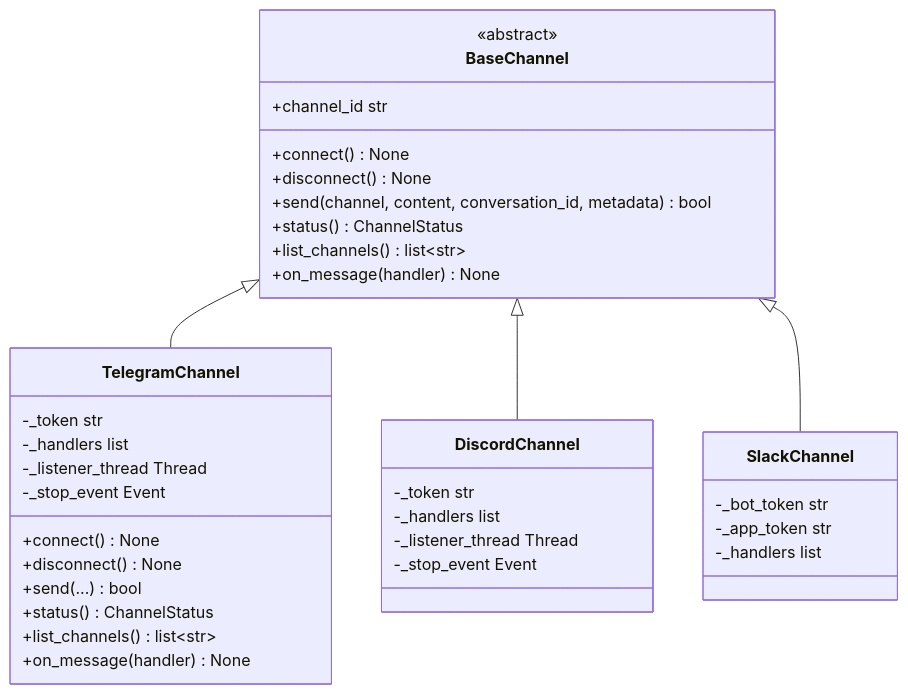
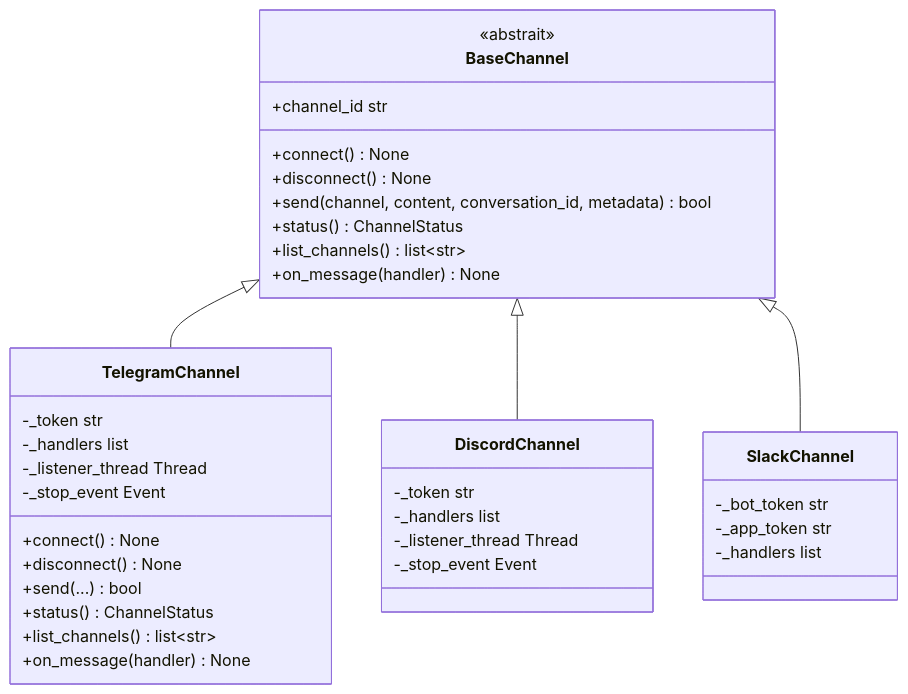
The first of 3 diagrams in docs/architecture/channels.md (carlitoetienne01-spec/Diapason), drawn with Mermaid before and after one commit. The commit also changed other lines of this file and 257 other files, not shown here.

````diff
--- a/docs/architecture/channels.md
+++ b/docs/architecture/channels.md
@@ -18,39 +18,39 @@
 ```mermaid
 classDiagram
     class BaseChannel {
-        <<abstract>>
+        <<abstrait>>
         +channel_id str
         +connect() None
         +disconnect() None
         +send(channel, content, conversation_id, metadata) bool
         +status() ChannelStatus
         +list_channels() list~str~
         +on_message(handler) None
     }
     class TelegramChannel {
         -_token str
         -_handlers list
         -_listener_thread Thread
         -_stop_event Event
         +connect() None
         +disconnect() None
         +send(...) bool
         +status() ChannelStatus
         +list_channels() list~str~
         +on_message(handler) None
     }
     class DiscordChannel {
         -_token str
         -_handlers list
         -_listener_thread Thread
         -_stop_event Event
     }
     class SlackChannel {
         -_bot_token str
         -_app_token str
         -_handlers list
     }
     BaseChannel <|-- TelegramChannel
     BaseChannel <|-- DiscordChannel
     BaseChannel <|-- SlackChannel
 ```
````
